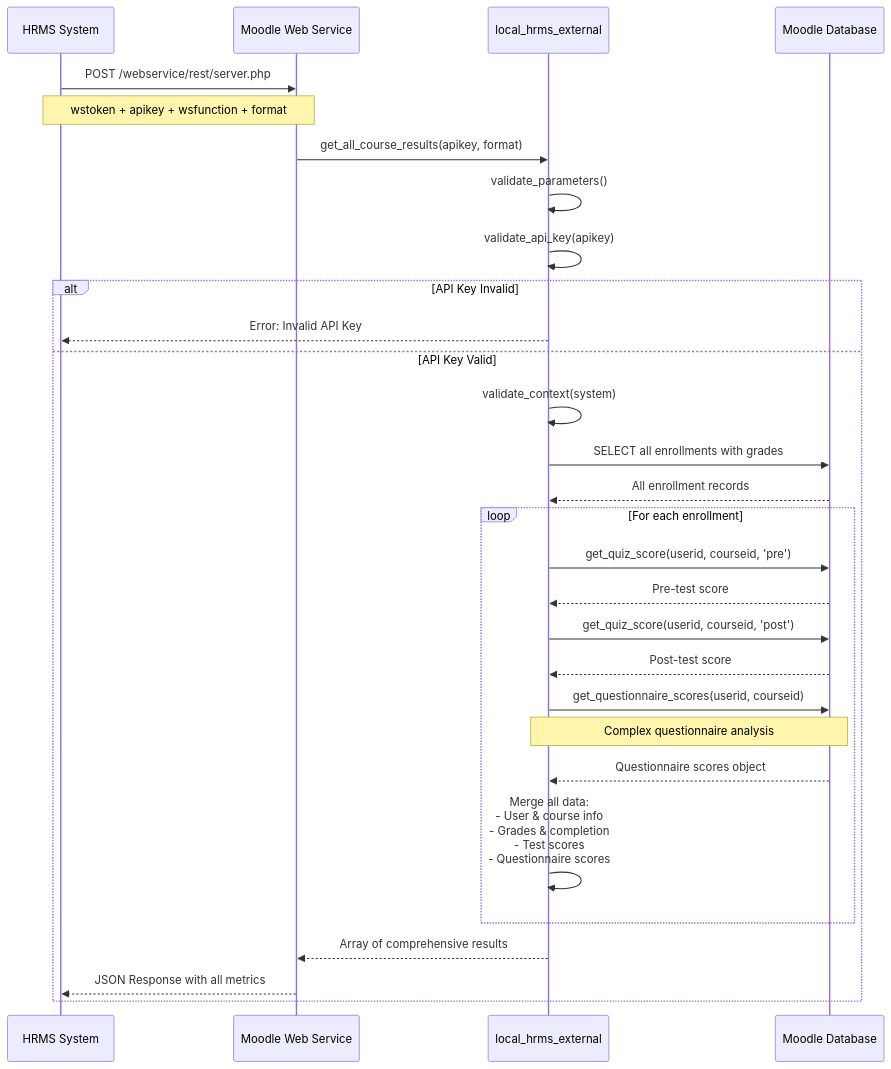
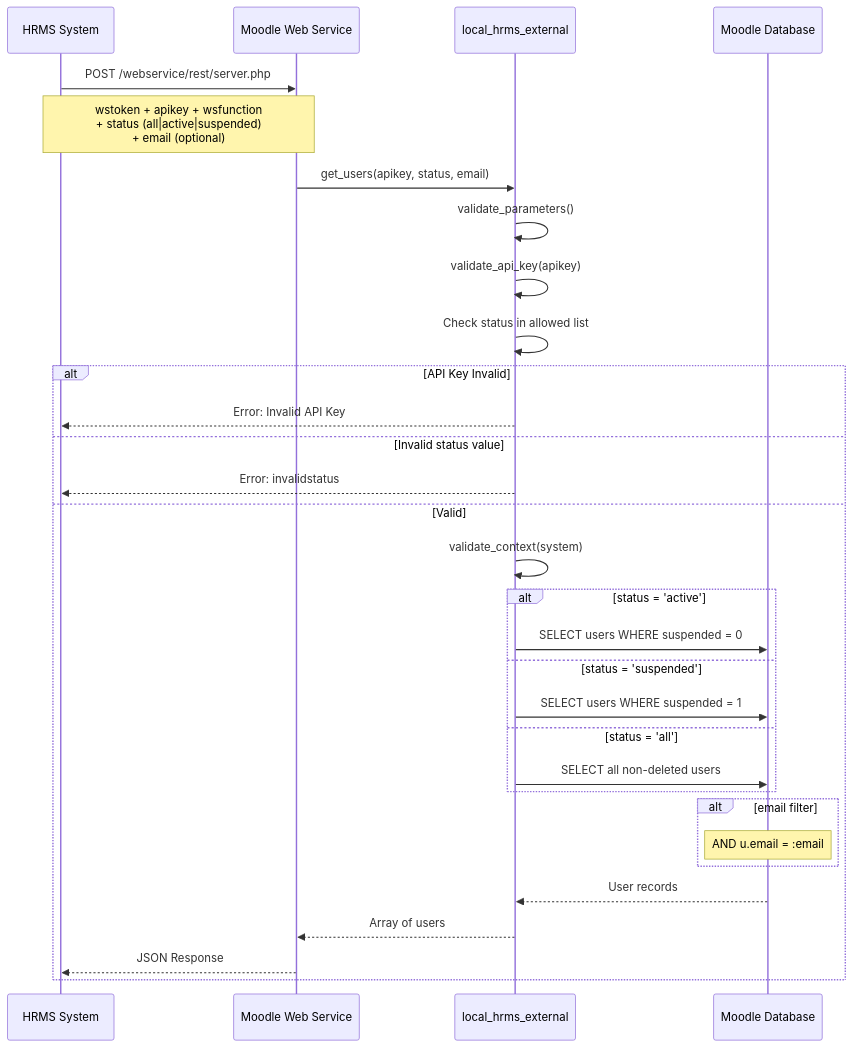
Before and after one commit to toosa/moodle-hrms: the seventh of 21 diagrams in DIAGRAMS.md, drawn with Mermaid. The commit also changed other lines of this file and 1 other file, not shown here.

First line of the commit message:
Refactor and expand sequence diagrams in DIAGRAMS.md

````diff
--- a/DIAGRAMS.md
+++ b/DIAGRAMS.md
@@ -285,41 +302,41 @@
 ```mermaid
 sequenceDiagram
     participant HRMS as HRMS System
     participant WS as Moodle Web Service
     participant API as local_hrms_external
     participant DB as Moodle Database
     
     HRMS->>WS: POST /webservice/rest/server.php
-    Note over HRMS,WS: wstoken + apikey + wsfunction + format
+    Note over HRMS,WS: wstoken + apikey + wsfunction<br/>+ status (all|active|suspended)<br/>+ email (optional)
     
-    WS->>API: get_all_course_results(apikey, format)
+    WS->>API: get_users(apikey, status, email)
     
     API->>API: validate_parameters()
     API->>API: validate_api_key(apikey)
+    API->>API: Check status in allowed list
     
     alt API Key Invalid
         API-->>HRMS: Error: Invalid API Key
-    else API Key Valid
+    else Invalid status value
+        API-->>HRMS: Error: invalidstatus
+    else Valid
         API->>API: validate_context(system)
         
-        API->>DB: SELECT all enrollments with grades
-        DB-->>API: All enrollment records
-        
-        loop For each enrollment
-            API->>DB: get_quiz_score(userid, courseid, 'pre')
-            DB-->>API: Pre-test score
-            
-            API->>DB: get_quiz_score(userid, courseid, 'post')
-            DB-->>API: Post-test score
-            
-            API->>DB: get_questionnaire_scores(userid, courseid)
-            Note over API,DB: Complex questionnaire analysis
-            DB-->>API: Questionnaire scores object
-            
-            API->>API: Merge all data:<br/>- User & course info<br/>- Grades & completion<br/>- Test scores<br/>- Questionnaire scores
+        alt status = 'active'
+            API->>DB: SELECT users WHERE suspended = 0
+        else status = 'suspended'
+            API->>DB: SELECT users WHERE suspended = 1
+        else status = 'all'
+            API->>DB: SELECT all non-deleted users
         end
         
-        API-->>WS: Array of comprehensive results
-        WS-->>HRMS: JSON Response with all metrics
+        alt email filter
+            Note over DB: AND u.email = :email
+        end
+        
+        DB-->>API: User records
+        
+        API-->>WS: Array of users
+        WS-->>HRMS: JSON Response
     end
 ```
````
